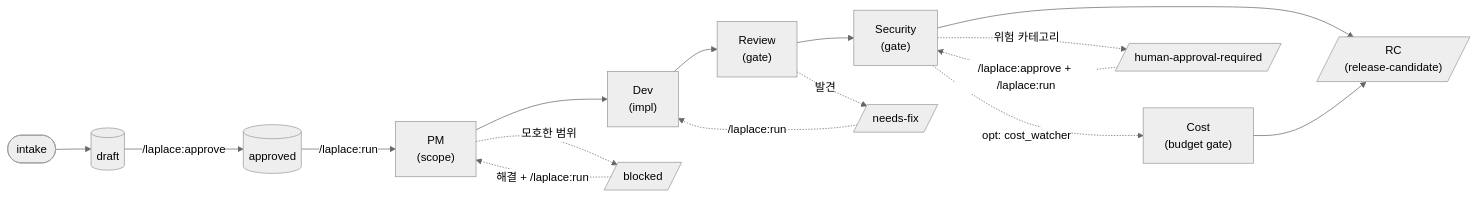
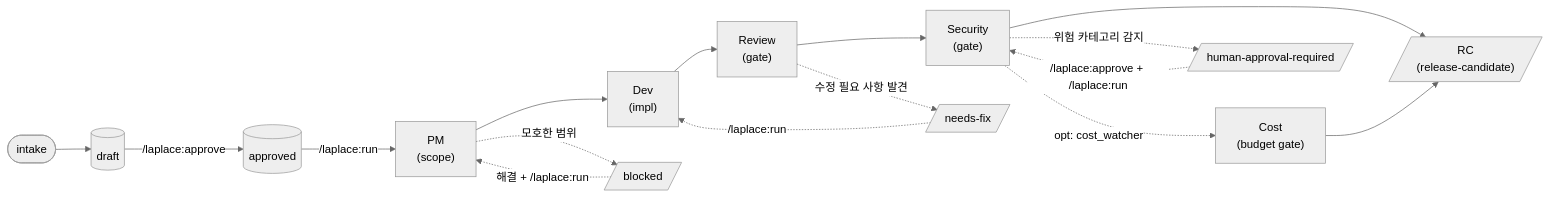
One commit to tipsy-kereru/laplace changed the diagram in README.kr.md. Above: the diagram before and after it, drawn with Mermaid (neutral theme). The commit also changed other lines of this file and 10 other files, not shown here.

````diff
--- a/README.kr.md
+++ b/README.kr.md
@@ -220,20 +227,20 @@
 ```mermaid
 flowchart LR
     intake([intake]) --> draft[(draft)]
     draft -->|/laplace:approve| approved[(approved)]
     approved -->|"/laplace:run"| PM["PM<br/>(scope)"]
     PM --> Dev["Dev<br/>(impl)"]
     Dev --> Review["Review<br/>(gate)"]
     Review --> Security["Security<br/>(gate)"]
     Security -.->|opt: cost_watcher| Cost["Cost<br/>(budget gate)"]
     Security --> RC[/"RC<br/>(release-candidate)"/]
     Cost --> RC
 
     PM -.->|모호한 범위| blocked[/blocked/]
-    Review -.->|발견| needsfix[/needs-fix/]
-    Security -.->|위험 카테고리| human[/human-approval-required/]
+    Review -.->|수정 필요 사항 발견| needsfix[/needs-fix/]
+    Security -.->|위험 카테고리 감지| human[/human-approval-required/]
 
     blocked -.->|해결 + /laplace:run| PM
     needsfix -.->|/laplace:run| Dev
     human -.->|/laplace:approve + /laplace:run| Security
 ```
````
